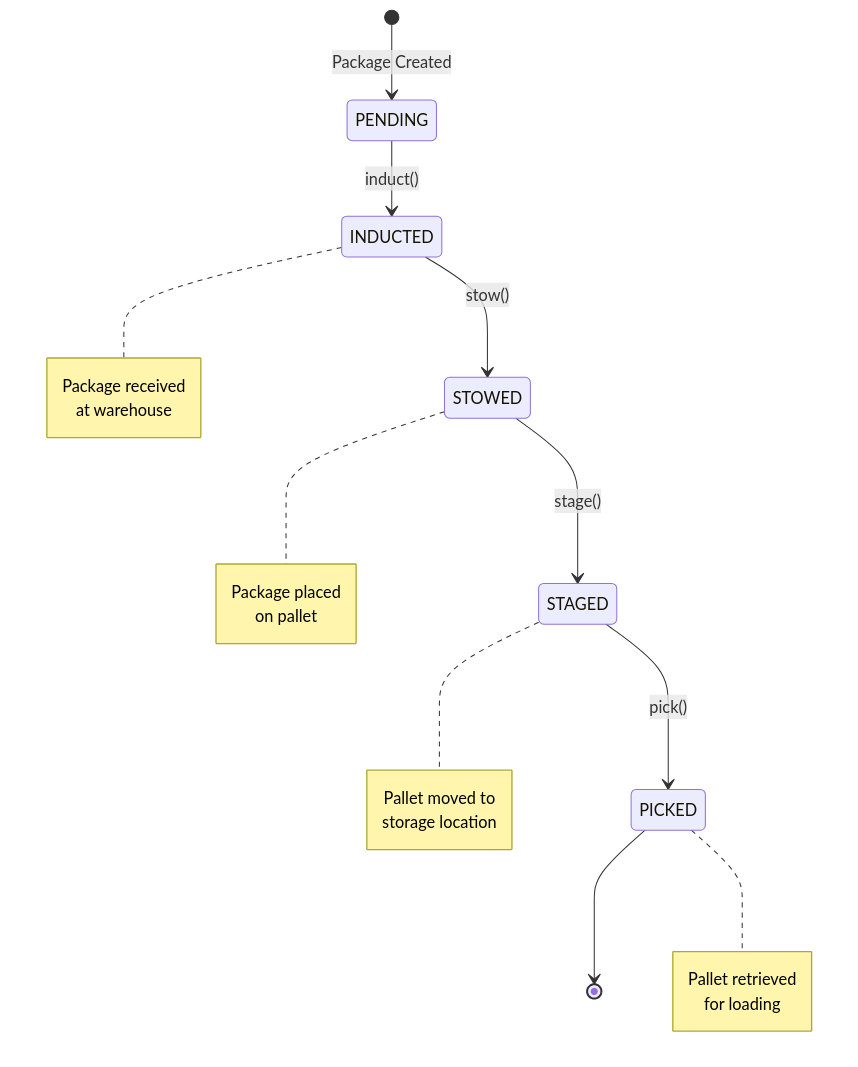
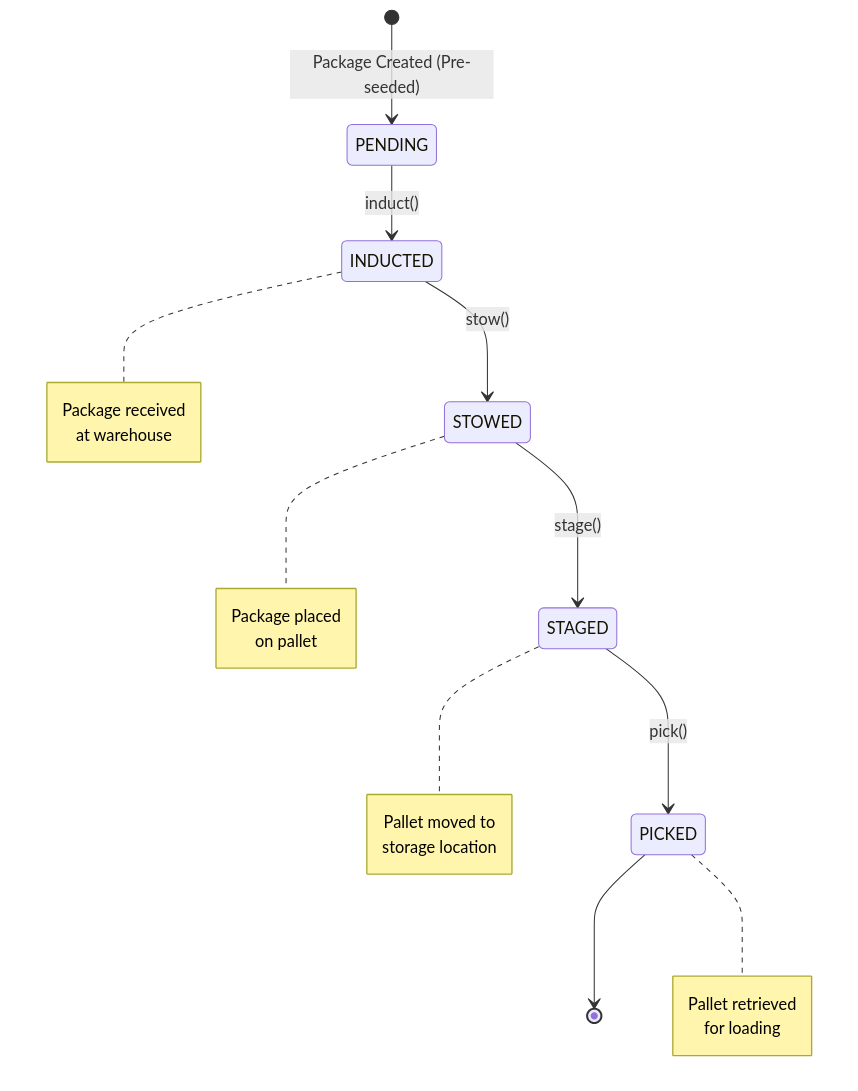
One commit to thomasmarkiewicz/wms changed the third of 3 diagrams in docs/DESIGN.md. Above: the diagram before and after it, drawn with Mermaid. The commit also changed other lines of this file, not shown here.

````diff
--- a/docs/DESIGN.md
+++ b/docs/DESIGN.md
@@ -266,29 +300,29 @@
 ```mermaid
 stateDiagram-v2
-    [*] --> PENDING: Package Created
+    [*] --> PENDING: Package Created (Pre-seeded)
     PENDING --> INDUCTED: induct()
     INDUCTED --> STOWED: stow()
     STOWED --> STAGED: stage()
     STAGED --> PICKED: pick()
     PICKED --> [*]
 
     note right of INDUCTED
         Package received
         at warehouse
     end note
 
     note right of STOWED
         Package placed
         on pallet
     end note
 
     note right of STAGED
         Pallet moved to
         storage location
     end note
 
     note right of PICKED
         Pallet retrieved
         for loading
     end note
 ```
````
